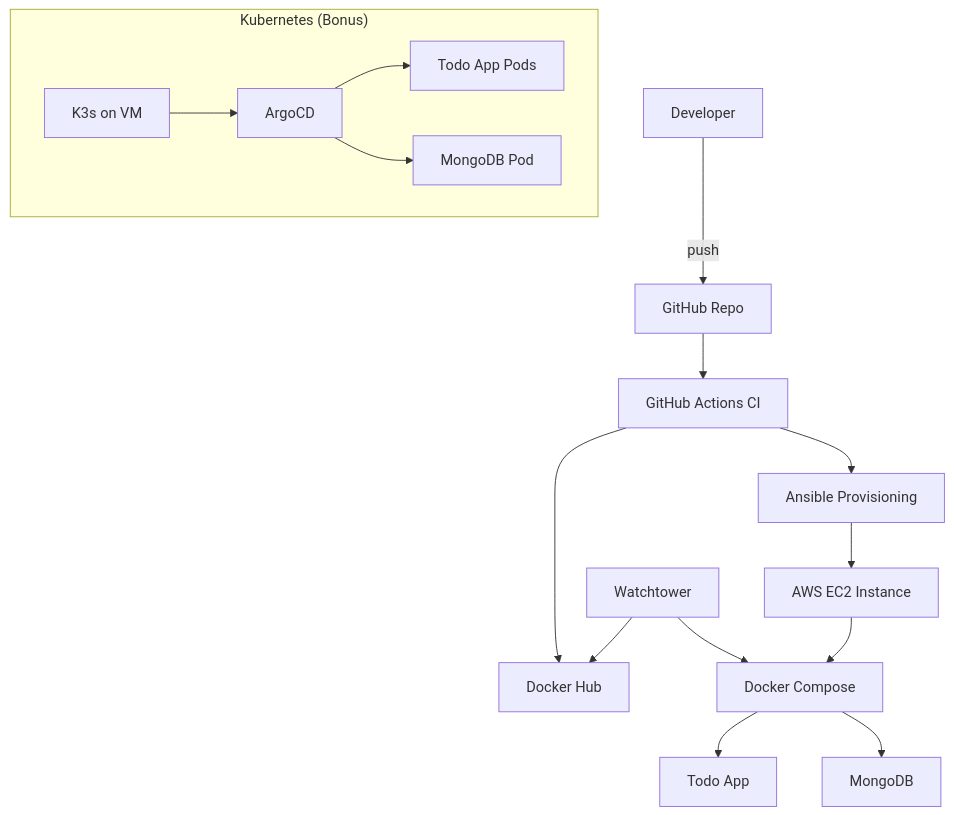
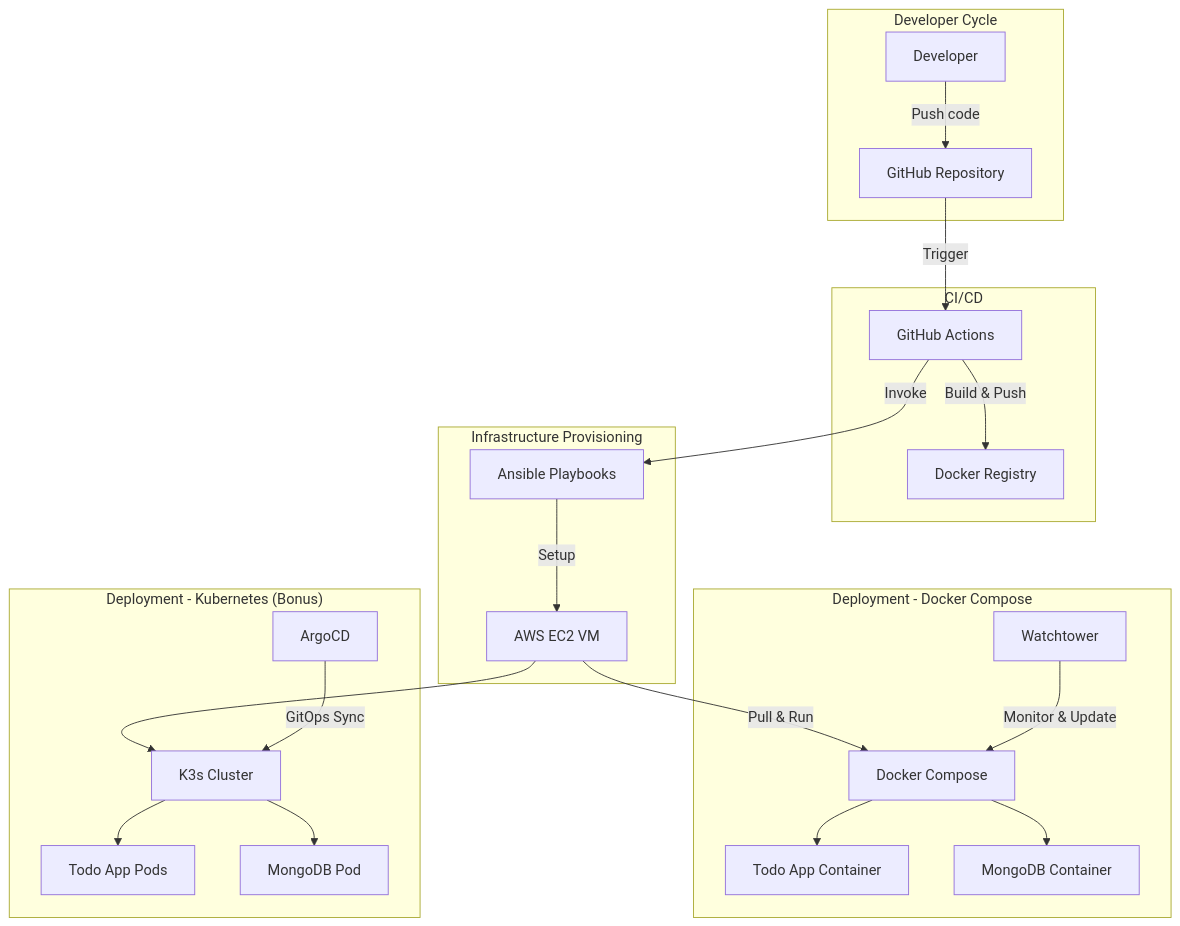
One commit to joisyousef/Todo-List-nodejs changed the diagram in README.md. Above: the diagram before and after it, drawn with Mermaid. The commit also changed other lines of this file, not shown here.

Commit message:
fix: update README structure and correct formatting issues

````diff
--- a/README.md
+++ b/README.md
@@ -60,19 +35,36 @@
 ```mermaid
 graph TB
-    A[Developer] -->|push| B[GitHub Repo]
-    B --> C[GitHub Actions CI]
-    C --> D[Docker Hub]
-    C --> E[Ansible Provisioning]
-    E --> F[AWS EC2 Instance]
-    F --> G[Docker Compose]
-    G --> H[Todo App]
-    G --> I[MongoDB]
-    J[Watchtower] --> D
-    J --> G
 
-    subgraph "Kubernetes (Bonus)"
-        F2[K3s on VM] --> K[ArgoCD]
+    %% Developer Cycle
+    subgraph "Developer Cycle"
+        A[Developer] -->|Push code| B[GitHub Repository]
+    end
+
+    %% CI/CD
+    subgraph "CI/CD"
+        B -->|Trigger| C[GitHub Actions]
+        C -->|Build & Push| D[Docker Registry]
+    end
+
+    %% Infrastructure Provisioning
+    subgraph "Infrastructure Provisioning"
+        C -->|Invoke| E[Ansible Playbooks]
+        E -->|Setup| F[AWS EC2 VM]
+    end
+
+    %% Docker Compose Deployment
+    subgraph "Deployment - Docker Compose"
+        F -->|Pull & Run| G[Docker Compose]
+        G --> H[Todo App Container]
+        G --> I[MongoDB Container]
+        J[Watchtower] -->|Monitor & Update| G
+    end
+
+    %% Kubernetes Bonus Deployment
+    subgraph "Deployment - Kubernetes (Bonus)"
+        F --> K[K3s Cluster]
         K --> L[Todo App Pods]
         K --> M[MongoDB Pod]
+        N[ArgoCD] -->|GitOps Sync| K
     end
 ```
````
